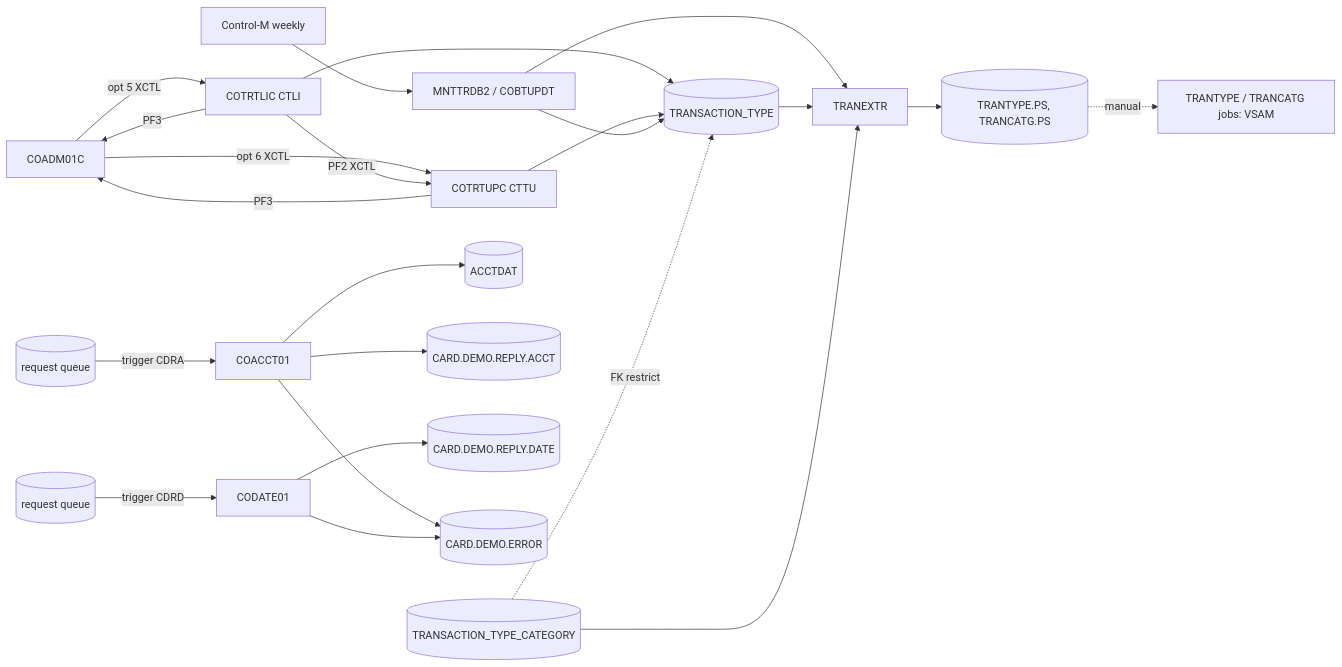
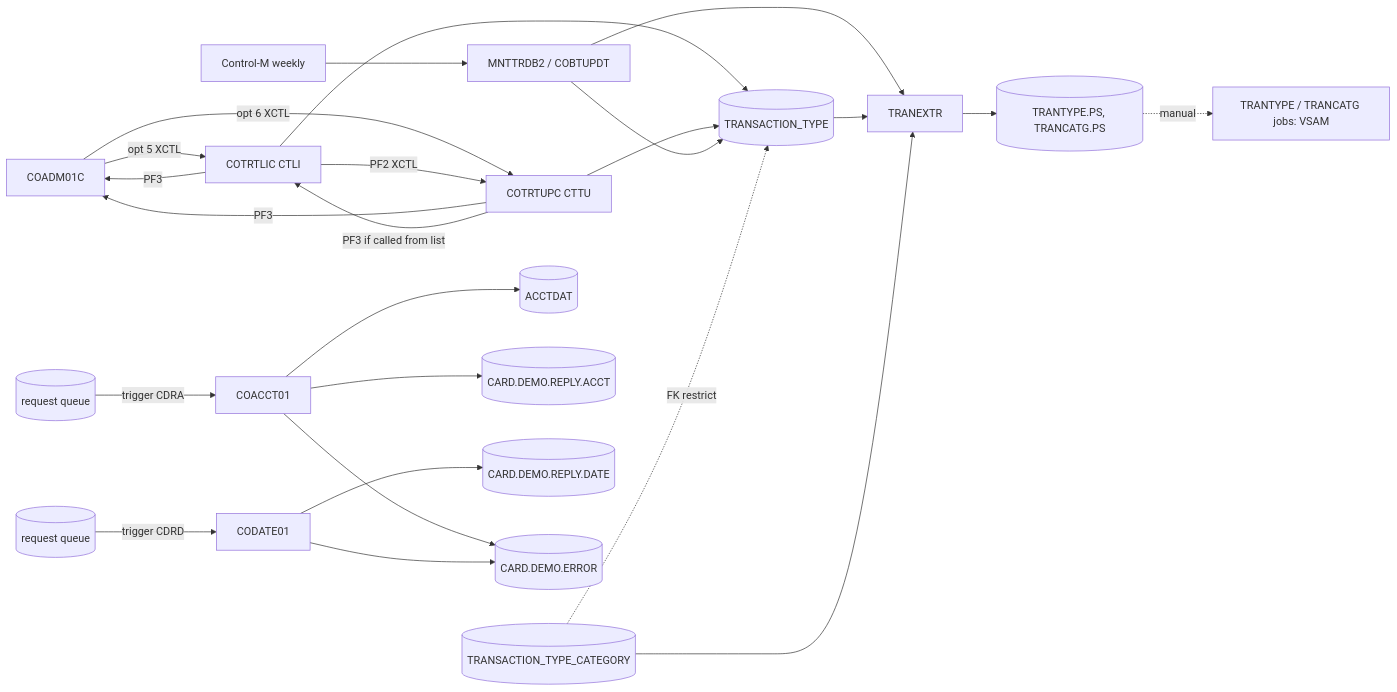
One commit to factory-senura-jayatunge/carddemo changed the diagram in docs/modernization/spec/areas/f-trantype-vsam-mq-interactions.md. Above: the diagram before and after it, drawn with Mermaid. The commit also changed other lines of this file and 1 other file, not shown here.

````diff
--- a/docs/modernization/spec/areas/f-trantype-vsam-mq-interactions.md
+++ b/docs/modernization/spec/areas/f-trantype-vsam-mq-interactions.md
@@ -72,24 +73,25 @@
 ```mermaid
 flowchart LR
     ADM[COADM01C] -- opt 5 XCTL --> LIC[COTRTLIC CTLI]
     ADM -- opt 6 XCTL --> UPC[COTRTUPC CTTU]
     LIC -- PF2 XCTL --> UPC
     LIC -- PF3 --> ADM
     UPC -- PF3 --> ADM
+    UPC -- PF3 if called from list --> LIC
     LIC --> TT[(TRANSACTION_TYPE)]
     UPC --> TT
     CM[Control-M weekly] --> MNT[MNTTRDB2 / COBTUPDT] --> TT
     TC[(TRANSACTION_TYPE_CATEGORY)] -. FK restrict .-> TT
     MNT --> EX[TRANEXTR]
     TT --> EX
     TC --> EX
     EX --> PS[(TRANTYPE.PS, TRANCATG.PS)]
     PS -. manual .-> VS[TRANTYPE / TRANCATG jobs: VSAM]
     Q1[(request queue)] -- trigger CDRA --> ACC[COACCT01]
     Q2[(request queue)] -- trigger CDRD --> DAT[CODATE01]
     ACC --> ACCT[(ACCTDAT)]
     ACC --> RA[(CARD.DEMO.REPLY.ACCT)]
     DAT --> RD[(CARD.DEMO.REPLY.DATE)]
     ACC --> ER[(CARD.DEMO.ERROR)]
     DAT --> ER
 ```
````
